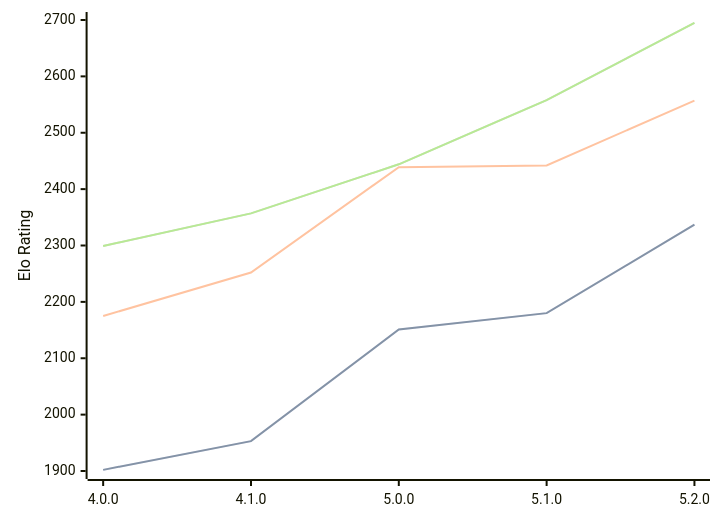
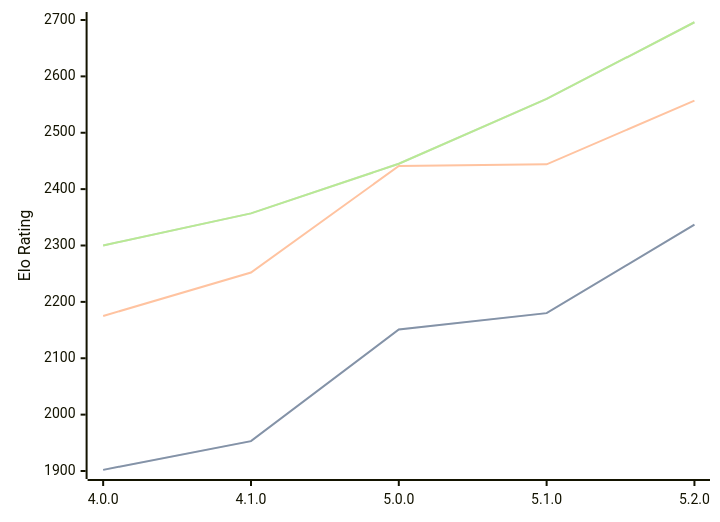
One commit to computer-chess-index/cci changed the first of 3 diagrams in engines/Aconcagua.md. Above: the diagram before and after it, drawn with Mermaid. The commit also changed other lines of this file, not shown here.

Commit message:
Update CCI Ratings (ELO VLTC) - 2026-06-24

````diff
--- a/engines/Aconcagua.md
+++ b/engines/Aconcagua.md
@@ -44,11 +44,11 @@
 ```mermaid
 %%{init: {"theme":"base","themeVariables":{"seriesColors:['#a3a3a3','#222221','#faa371']}}}%%
 xychart-beta
   x-axis ["4.0.0", "4.1.0", "5.0.0", "5.1.0", "5.2.0"]
   y-axis "Elo Rating" 1900 --> 2700
   line "STC (8.0+0.08s)" [1902, 1953, 2151, 2180, 2337]
   line "STC (8.0+0.08s)" [1902, 1953, 2151, 2180, 2337]
-  line "LTC (60.0+0.60s)" [2175, 2252, 2439, 2442, 2557]
-  line "VLTC (2m24s+1.12s)" [2299, 2357, 2444, 2558, 2695]
-  line "VLTC (2m24s+1.12s)" [2299, 2357, 2444, 2558, 2695]
+  line "LTC (60.0+0.60s)" [2175, 2252, 2441, 2444, 2557]
+  line "VLTC (2m24s+1.12s)" [2300, 2357, 2445, 2560, 2696]
+  line "VLTC (2m24s+1.12s)" [2300, 2357, 2445, 2560, 2696]
 ```
````
